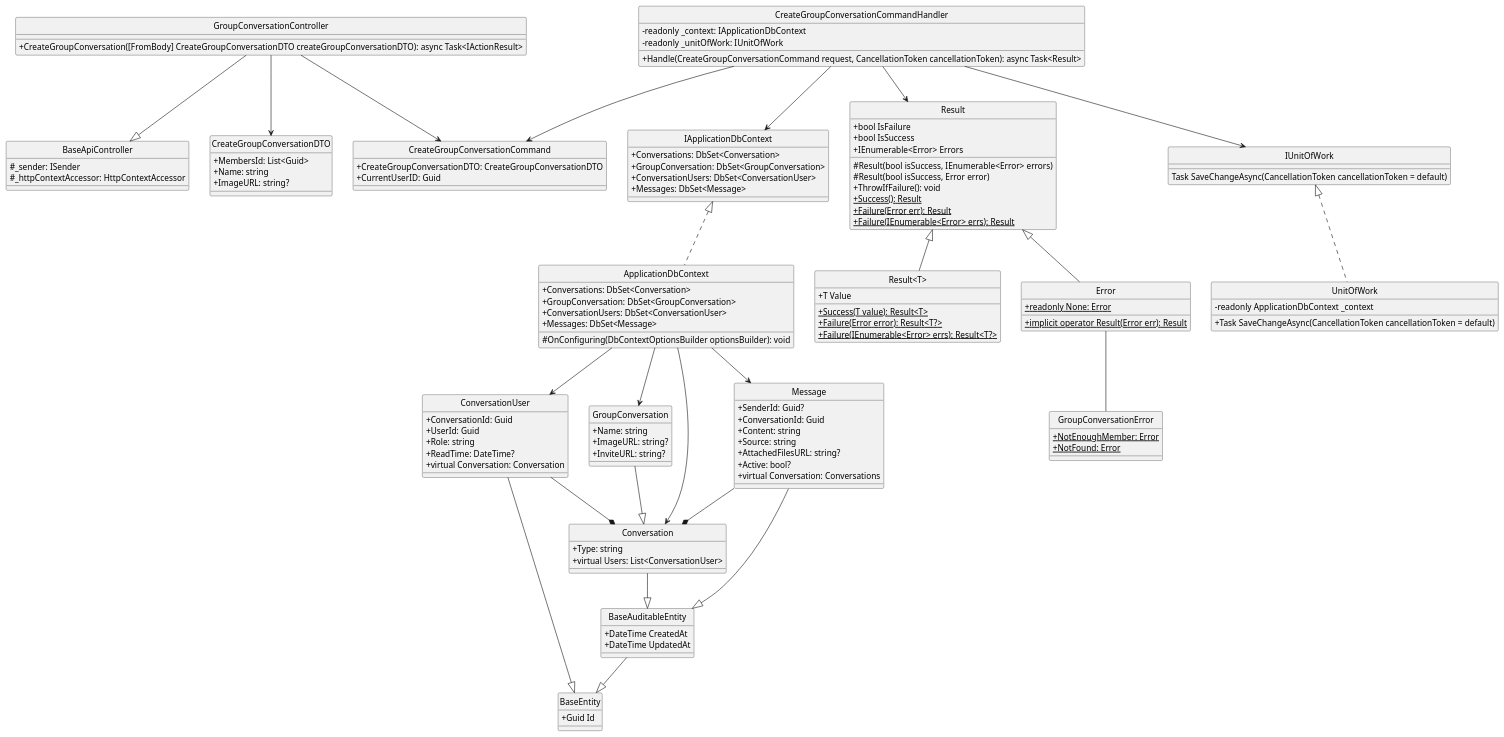
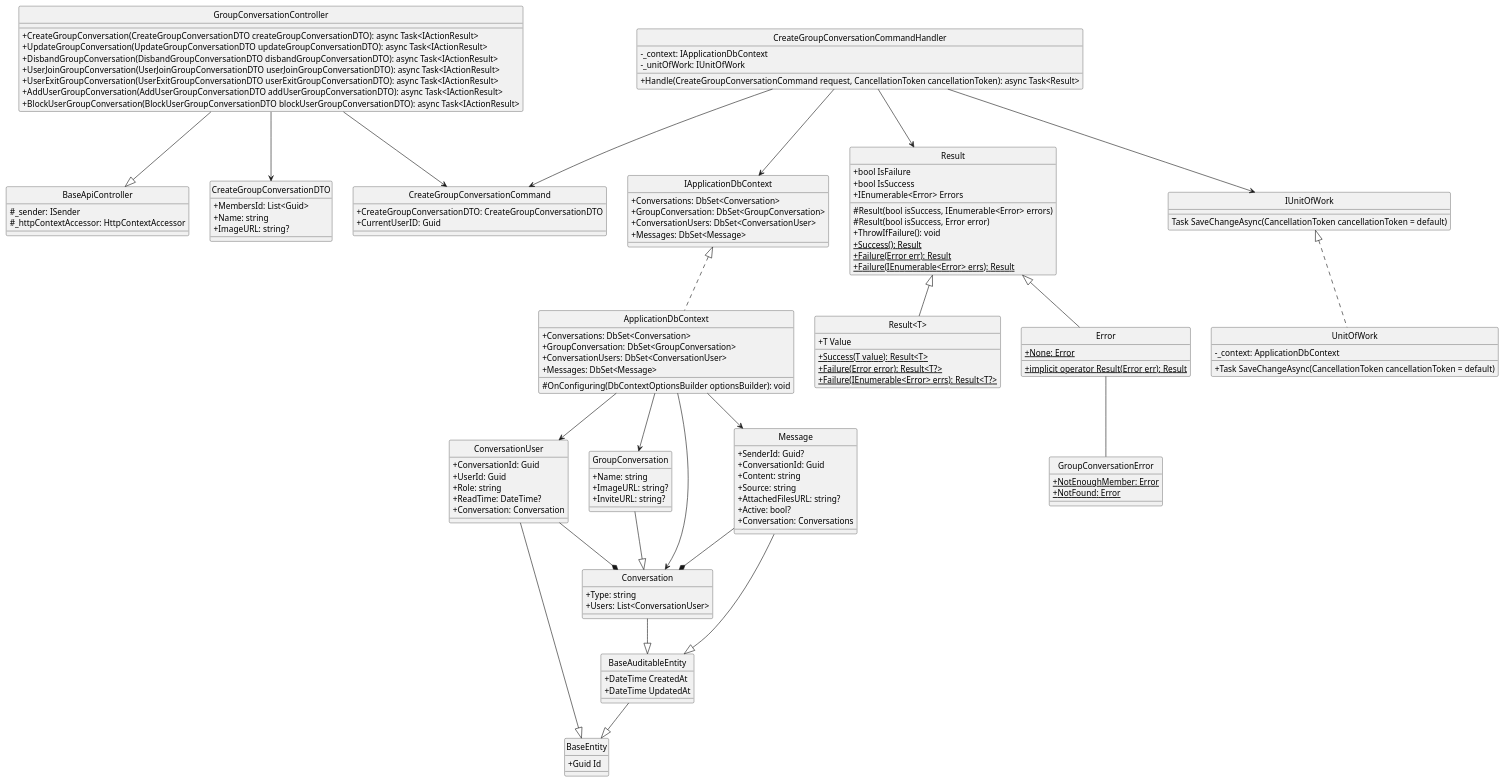
One commit to Carl-Johnsons/Chat-Application changed the diagram in docs/Class Diagram/Conversation/CreateGroupConversation/ClassDiagram.plantuml. Above: the diagram before and after it, drawn with PlantUML. The commit also changed 8 other files, not shown here.

Commit message:
remove readonly, virture, add join, block, exit group

```diff
--- a/docs/Class Diagram/Conversation/CreateGroupConversation/ClassDiagram.plantuml
+++ b/docs/Class Diagram/Conversation/CreateGroupConversation/ClassDiagram.plantuml
@@ -1,149 +1,155 @@
 @startuml 
 hide circle
 skinparam classAttributeIconSize 0
 
 class BaseApiController {
     #_sender: ISender
     #_httpContextAccessor: HttpContextAccessor
 }
 
 class GroupConversationController {
-    +CreateGroupConversation([FromBody] CreateGroupConversationDTO createGroupConversationDTO): async Task<IActionResult>
+    +CreateGroupConversation(CreateGroupConversationDTO createGroupConversationDTO): async Task<IActionResult>
+    +UpdateGroupConversation(UpdateGroupConversationDTO updateGroupConversationDTO): async Task<IActionResult>
+    +DisbandGroupConversation(DisbandGroupConversationDTO disbandGroupConversationDTO): async Task<IActionResult>
+    +UserJoinGroupConversation(UserJoinGroupConversationDTO userJoinGroupConversationDTO): async Task<IActionResult>
+    +UserExitGroupConversation(UserExitGroupConversationDTO userExitGroupConversationDTO): async Task<IActionResult>
+    +AddUserGroupConversation(AddUserGroupConversationDTO addUserGroupConversationDTO): async Task<IActionResult>
+    +BlockUserGroupConversation(BlockUserGroupConversationDTO blockUserGroupConversationDTO): async Task<IActionResult>
 }
 
 class CreateGroupConversationCommand {
     +CreateGroupConversationDTO: CreateGroupConversationDTO
     +CurrentUserID: Guid
 }
 
 class CreateGroupConversationCommandHandler {
-    -readonly _context: IApplicationDbContext
-    -readonly _unitOfWork: IUnitOfWork
+    -_context: IApplicationDbContext
+    -_unitOfWork: IUnitOfWork
     +Handle(CreateGroupConversationCommand request, CancellationToken cancellationToken): async Task<Result> 
 }
 
 class IApplicationDbContext {
     +Conversations: DbSet<Conversation>
     +GroupConversation: DbSet<GroupConversation>
     +ConversationUsers: DbSet<ConversationUser>
     +Messages: DbSet<Message>
 }
 
 class ApplicationDbContext {
     +Conversations: DbSet<Conversation>
     +GroupConversation: DbSet<GroupConversation>
     +ConversationUsers: DbSet<ConversationUser>
     +Messages: DbSet<Message>
     #OnConfiguring(DbContextOptionsBuilder optionsBuilder): void
 }
 
 class Result {
     +bool IsFailure
     +bool IsSuccess
     +IEnumerable<Error> Errors
     #Result(bool isSuccess, IEnumerable<Error> errors)
     #Result(bool isSuccess, Error error)
     +ThrowIfFailure(): void
     {static} +Success(): Result
     {static} +Failure(Error err): Result
     {static} +Failure(IEnumerable<Error> errs): Result
 }
 
 class "Result<T>" {
     +T Value
     {static} +Success(T value): Result<T>
     {static} +Failure(Error error): Result<T?>
     {static} +Failure(IEnumerable<Error> errs): Result<T?>
 }
 
 class Error {
-    {static} +readonly None: Error
+    {static} +None: Error
     {static} +implicit operator Result(Error err): Result
 }
 
 class CreateGroupConversationDTO{
     +MembersId: List<Guid>
     +Name: string
     +ImageURL: string?
 }
 
 class IUnitOfWork {
     Task SaveChangeAsync(CancellationToken cancellationToken = default)
 }
 
 class UnitOfWork {
-    -readonly ApplicationDbContext _context
+    -_context: ApplicationDbContext
     +Task SaveChangeAsync(CancellationToken cancellationToken = default)
 }
 
 class GroupConversationError {
     {static} +NotEnoughMember: Error
     {static} +NotFound: Error
 }
 
 class BaseEntity {
     +Guid Id
 }
 
 class BaseAuditableEntity{
     +DateTime CreatedAt
     +DateTime UpdatedAt
 }
 
 class Conversation {
     +Type: string
-    +virtual Users: List<ConversationUser>
+    +Users: List<ConversationUser>
 }
 
 class GroupConversation {
     +Name: string
     +ImageURL: string?
     +InviteURL: string?
 }
 
 class ConversationUser {
     +ConversationId: Guid
     +UserId: Guid
     +Role: string
     +ReadTime: DateTime?
-    +virtual Conversation: Conversation
+    +Conversation: Conversation
 }
 
 class Message {
     +SenderId: Guid?
     +ConversationId: Guid
     +Content: string
     +Source: string
     +AttachedFilesURL: string?
     +Active: bool?
-    +virtual Conversation: Conversations
+    +Conversation: Conversations
 }
 
 
 
 
 GroupConversationController --|> BaseApiController
 GroupConversationController --> CreateGroupConversationDTO
 GroupConversationController --> CreateGroupConversationCommand
 CreateGroupConversationCommandHandler --> CreateGroupConversationCommand
 CreateGroupConversationCommandHandler --> Result
 CreateGroupConversationCommandHandler --> IUnitOfWork
 CreateGroupConversationCommandHandler --> IApplicationDbContext
 IUnitOfWork <|.. UnitOfWork
 IApplicationDbContext <|.. ApplicationDbContext
 Result <|-- Error
 Result <|-- "Result<T>"
 Error -- GroupConversationError
 ApplicationDbContext --> Conversation
 ApplicationDbContext --> GroupConversation
 ApplicationDbContext --> ConversationUser
 ApplicationDbContext --> Message
 
 Conversation --|> BaseAuditableEntity
 GroupConversation --|> Conversation
 ConversationUser --|> BaseEntity
 ConversationUser --* Conversation
 Message --|> BaseAuditableEntity
 Message --* Conversation
 BaseAuditableEntity --|> BaseEntity
 @enduml
```
